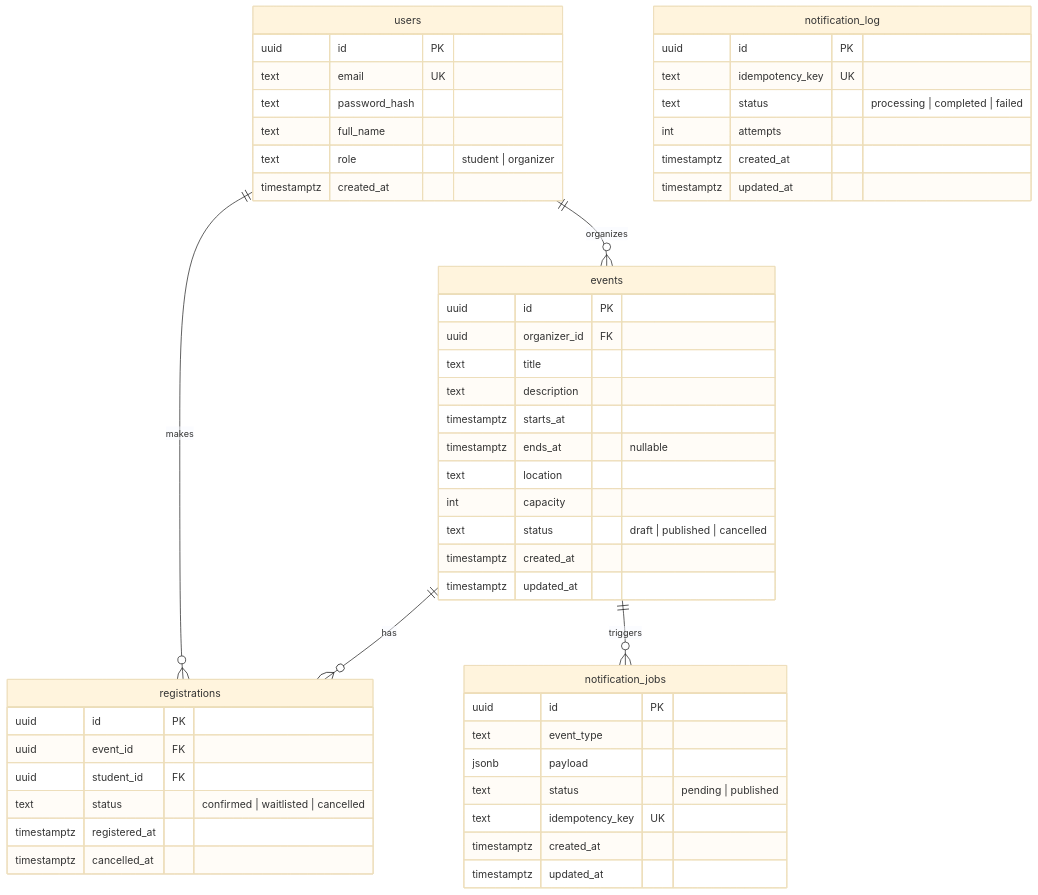
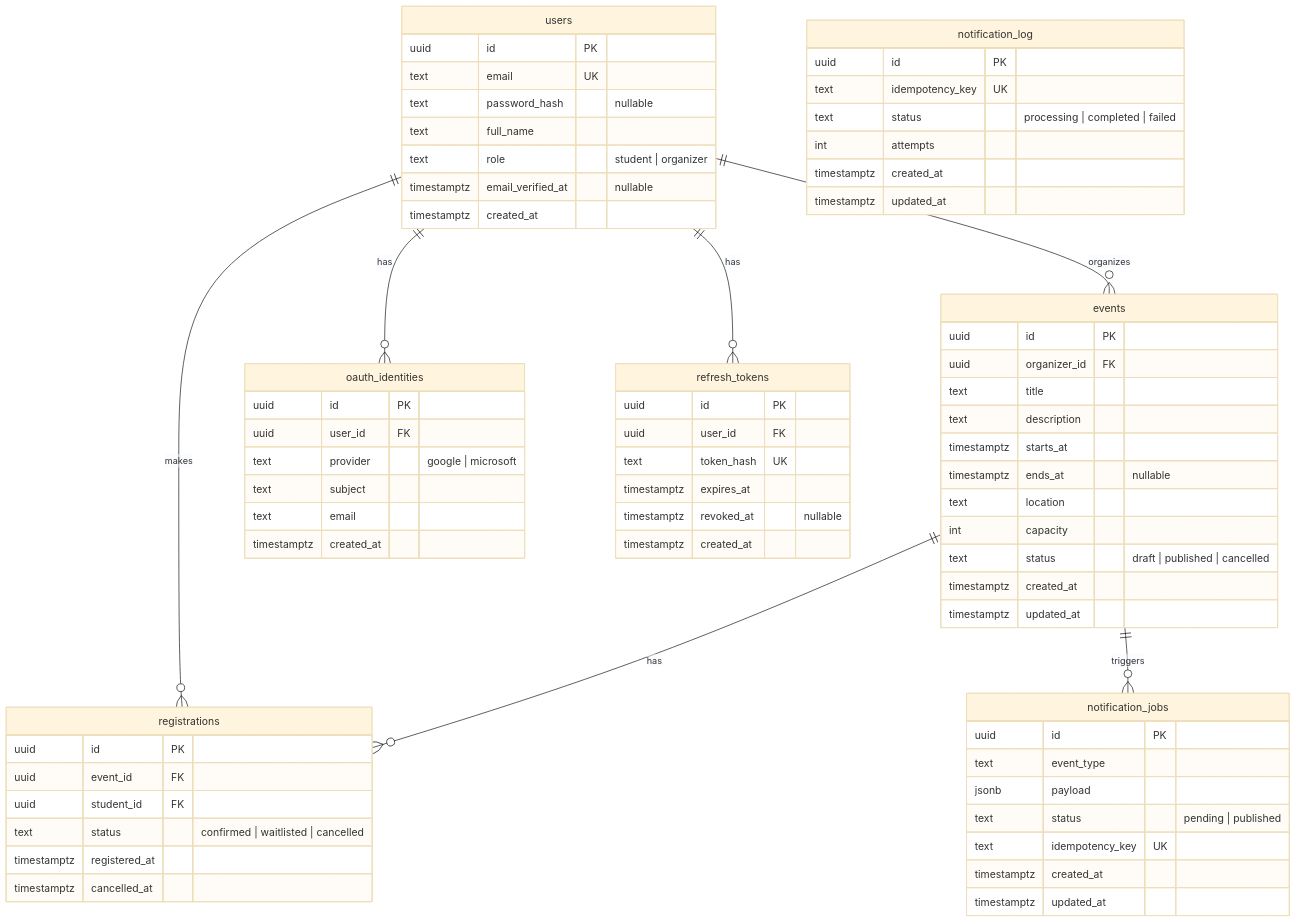
The diagram in docs/architecture/data-model.md (hefest2026/hefest-docs), drawn with Mermaid (base theme) before and after one commit. The commit also changed other lines of this file and 2 other files, not shown here.

Commit message:
docs: update architecture docs for HEF-17 JWT auth

````diff
--- a/docs/architecture/data-model.md
+++ b/docs/architecture/data-model.md
@@ -9,54 +9,73 @@
 ```mermaid
 erDiagram
     users {
         uuid id PK
         text email UK
-        text password_hash
+        text password_hash "nullable"
         text full_name
         text role "student | organizer"
+        timestamptz email_verified_at "nullable"
         timestamptz created_at
     }
     events {
         uuid id PK
         uuid organizer_id FK
         text title
         text description
         timestamptz starts_at
         timestamptz ends_at "nullable"
         text location
         int capacity
         text status "draft | published | cancelled"
         timestamptz created_at
         timestamptz updated_at
     }
     registrations {
         uuid id PK
         uuid event_id FK
         uuid student_id FK
         text status "confirmed | waitlisted | cancelled"
         timestamptz registered_at
         timestamptz cancelled_at
     }
     notification_jobs {
         uuid id PK
         text event_type
         jsonb payload
         text status "pending | published"
         text idempotency_key UK
         timestamptz created_at
         timestamptz updated_at
     }
     notification_log {
         uuid id PK
         text idempotency_key UK
         text status "processing | completed | failed"
         int attempts
         timestamptz created_at
         timestamptz updated_at
     }
+    oauth_identities {
+        uuid id PK
+        uuid user_id FK
+        text provider "google | microsoft"
+        text subject
+        text email
+        timestamptz created_at
+    }
+    refresh_tokens {
+        uuid id PK
+        uuid user_id FK
+        text token_hash UK
+        timestamptz expires_at
+        timestamptz revoked_at "nullable"
+        timestamptz created_at
+    }
 
     users ||--o{ events : "organizes"
     users ||--o{ registrations : "makes"
+    users ||--o{ oauth_identities : "has"
+    users ||--o{ refresh_tokens : "has"
     events ||--o{ registrations : "has"
     events ||--o{ notification_jobs : "triggers"
 ```
````
